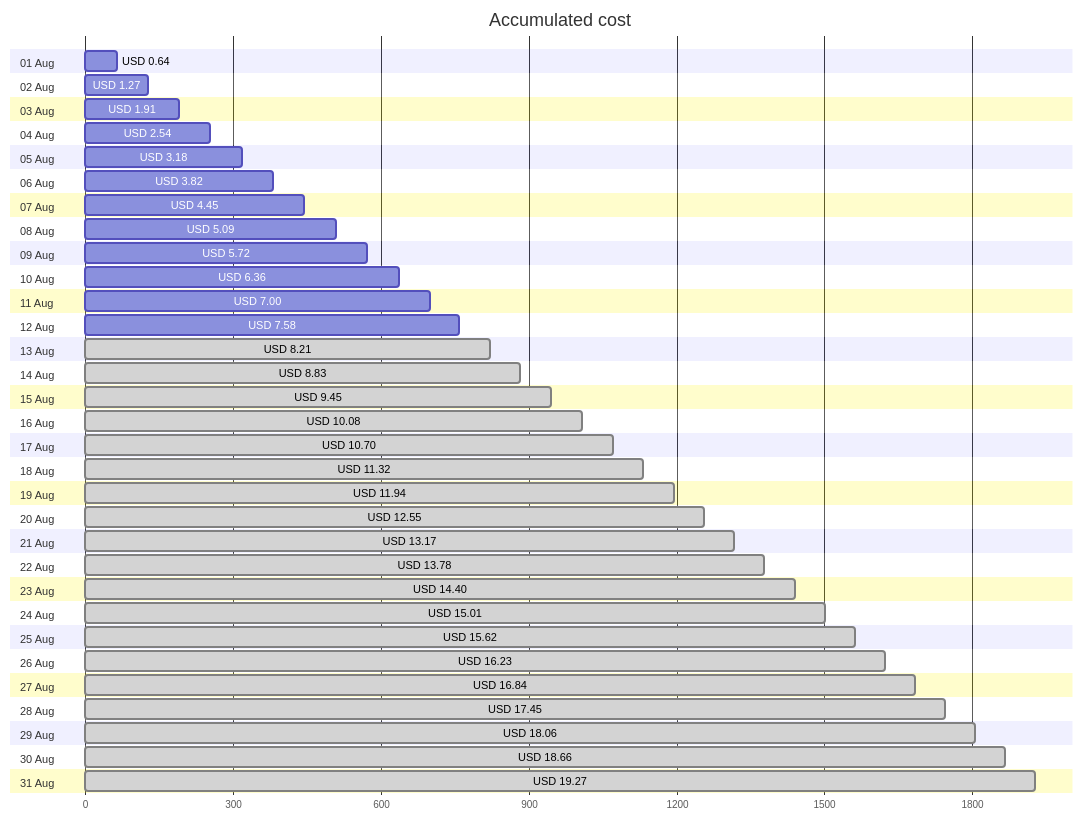
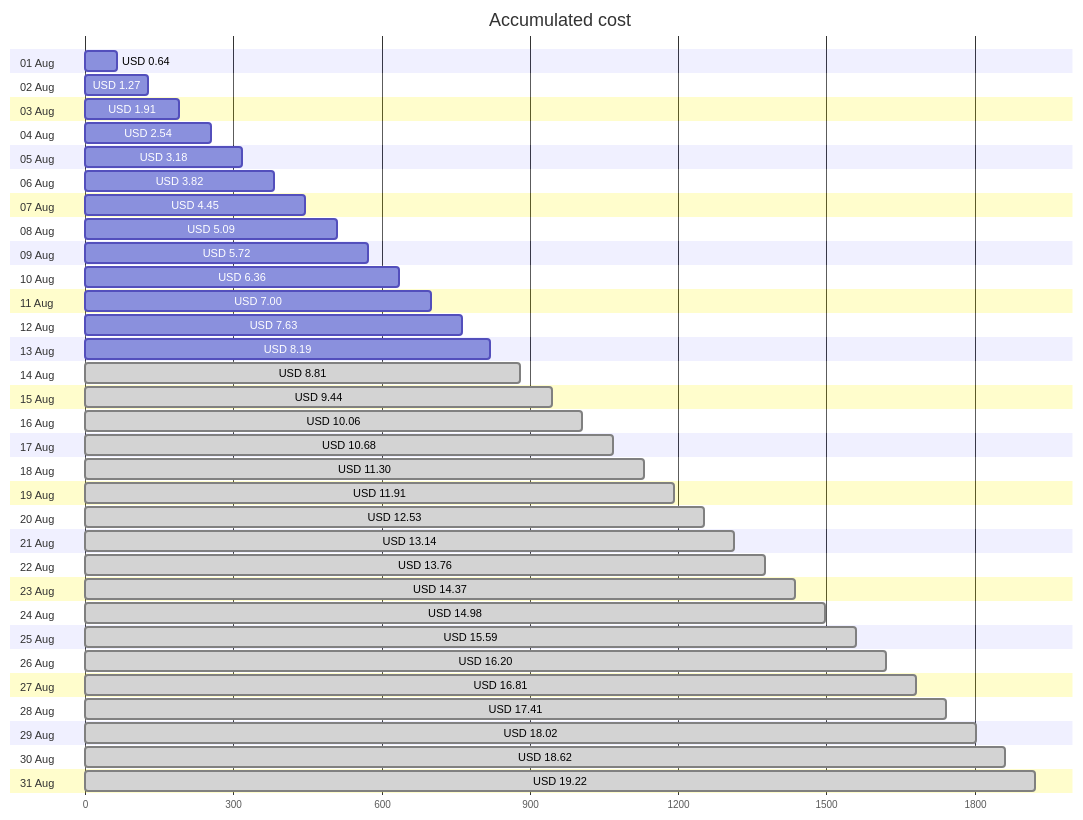
One commit to jpfulton/azure-personal-reports changed the first of 4 diagrams in cost-reports/accumulated-cost.md. Above: the diagram before and after it, drawn with Mermaid. The commit also changed other lines of this file and 4 other files, not shown here.

````diff
--- a/cost-reports/accumulated-cost.md
+++ b/cost-reports/accumulated-cost.md
@@ -20,68 +20,68 @@
 ```mermaid
 gantt
    title Accumulated cost
    dateFormat  X
    axisFormat %s
    section 01 Aug
    USD 0.64 :0, 64
    section 02 Aug
    USD 1.27 :0, 127
    section 03 Aug
    USD 1.91 :0, 191
    section 04 Aug
    USD 2.54 :0, 254
    section 05 Aug
    USD 3.18 :0, 318
    section 06 Aug
    USD 3.82 :0, 382
    section 07 Aug
    USD 4.45 :0, 445
    section 08 Aug
    USD 5.09 :0, 509
    section 09 Aug
    USD 5.72 :0, 572
    section 10 Aug
    USD 6.36 :0, 636
    section 11 Aug
    USD 7.00 :0, 700
    section 12 Aug
-   USD 7.58 :0, 758
+   USD 7.63 :0, 763
    section 13 Aug
-   USD 8.21 : done, 0, 821
+   USD 8.19 :0, 819
    section 14 Aug
-   USD 8.83 : done, 0, 883
+   USD 8.81 : done, 0, 881
    section 15 Aug
-   USD 9.45 : done, 0, 945
+   USD 9.44 : done, 0, 944
    section 16 Aug
-   USD 10.08 : done, 0, 1008
+   USD 10.06 : done, 0, 1006
    section 17 Aug
-   USD 10.70 : done, 0, 1070
+   USD 10.68 : done, 0, 1068
    section 18 Aug
-   USD 11.32 : done, 0, 1132
+   USD 11.30 : done, 0, 1130
    section 19 Aug
-   USD 11.94 : done, 0, 1194
+   USD 11.91 : done, 0, 1191
    section 20 Aug
-   USD 12.55 : done, 0, 1255
+   USD 12.53 : done, 0, 1253
    section 21 Aug
-   USD 13.17 : done, 0, 1317
+   USD 13.14 : done, 0, 1314
    section 22 Aug
-   USD 13.78 : done, 0, 1378
+   USD 13.76 : done, 0, 1376
    section 23 Aug
-   USD 14.40 : done, 0, 1440
+   USD 14.37 : done, 0, 1437
    section 24 Aug
-   USD 15.01 : done, 0, 1501
+   USD 14.98 : done, 0, 1498
    section 25 Aug
-   USD 15.62 : done, 0, 1562
+   USD 15.59 : done, 0, 1559
    section 26 Aug
-   USD 16.23 : done, 0, 1623
+   USD 16.20 : done, 0, 1620
    section 27 Aug
-   USD 16.84 : done, 0, 1684
+   USD 16.81 : done, 0, 1681
    section 28 Aug
-   USD 17.45 : done, 0, 1745
+   USD 17.41 : done, 0, 1741
    section 29 Aug
-   USD 18.06 : done, 0, 1806
+   USD 18.02 : done, 0, 1802
    section 30 Aug
-   USD 18.66 : done, 0, 1866
+   USD 18.62 : done, 0, 1862
    section 31 Aug
-   USD 19.27 : done, 0, 1927
+   USD 19.22 : done, 0, 1922
 ```
````
